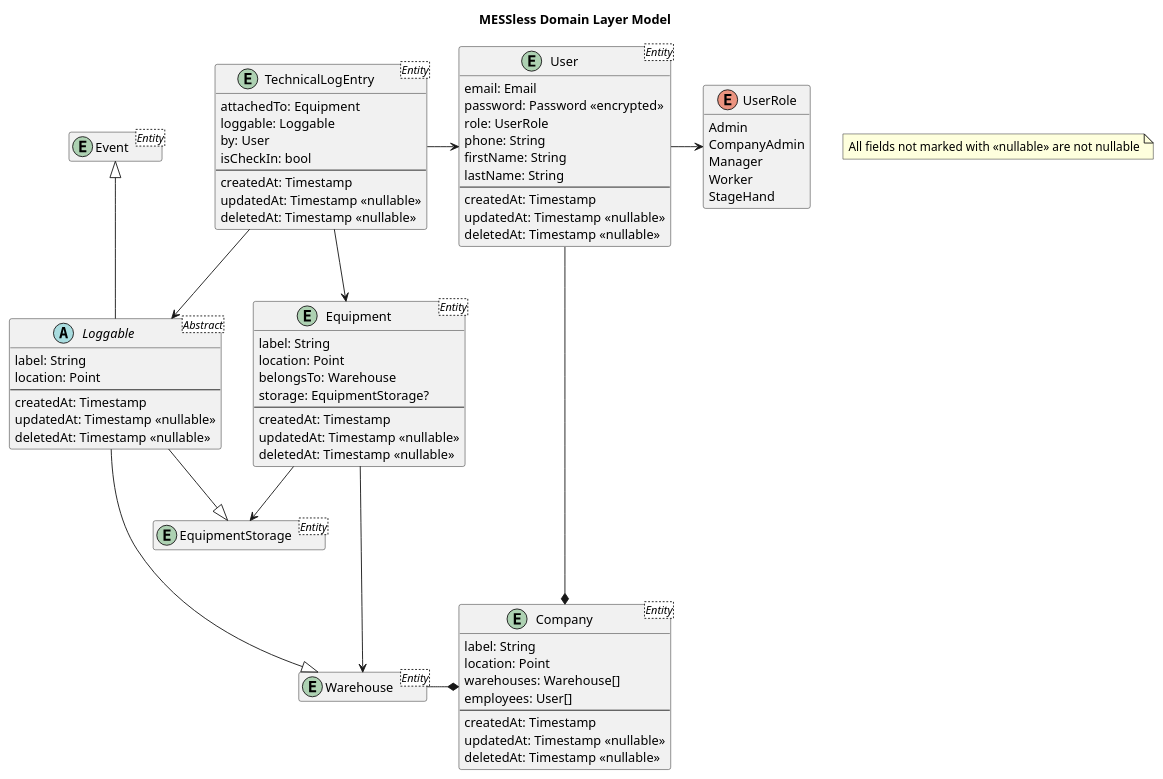
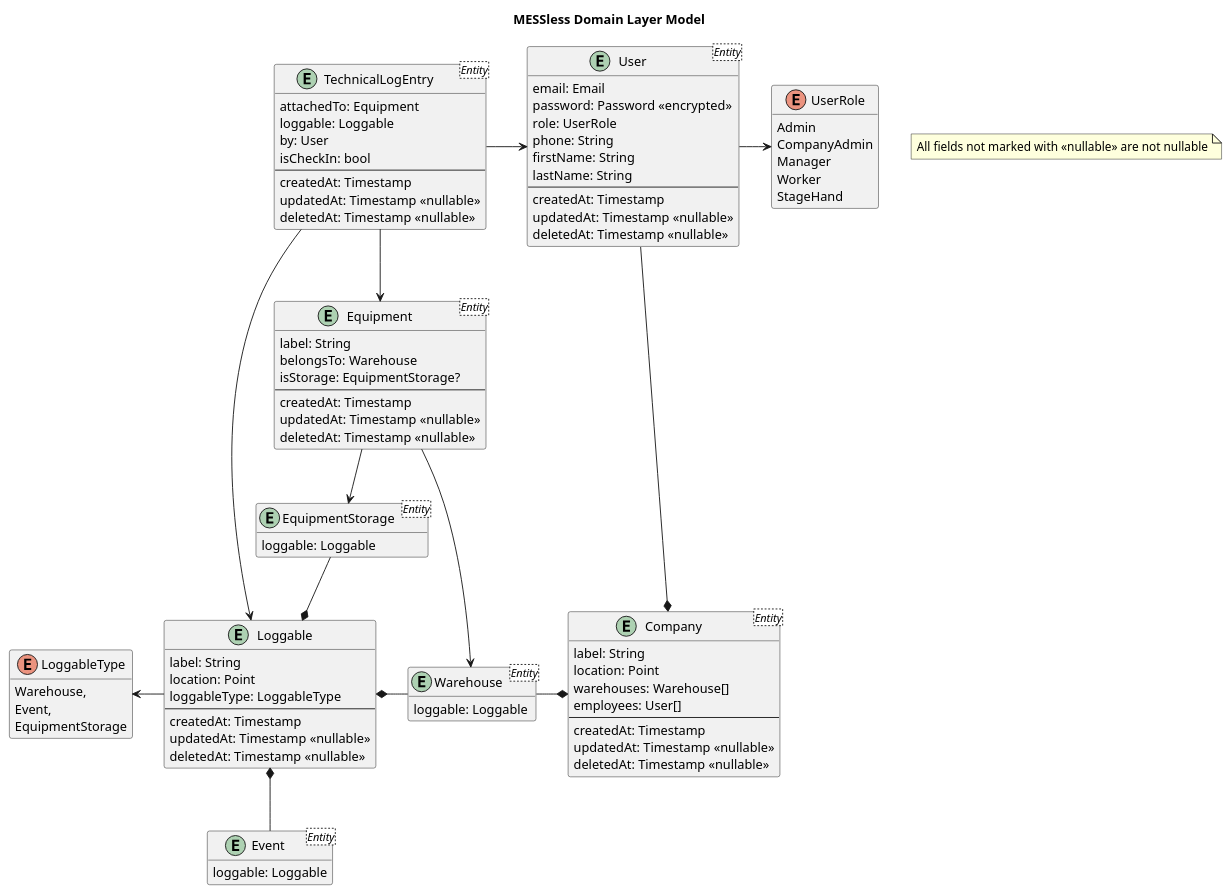
The diagram in Writerside/pumls/domain-model.puml (spg-eventful/wiki), drawn with PlantUML before and after one commit.

Commit message:
docs: rework loggables

```diff
--- a/Writerside/pumls/domain-model.puml
+++ b/Writerside/pumls/domain-model.puml
@@ -1,99 +1,108 @@
 @startuml
 hide empty methods
 hide empty attributes
 
 title MESSless Domain Layer Model
 note "All fields not marked with <<nullable>> are not nullable" as NullConvention
 
 entity User<Entity> {
   email: Email
   password: Password <<encrypted>>
   role: UserRole
   phone: String
   firstName: String
   lastName: String
   ---
   createdAt: Timestamp
   updatedAt: Timestamp <<nullable>>
   deletedAt: Timestamp <<nullable>>
 }
 
 enum UserRole {
   Admin
   CompanyAdmin
   Manager
   Worker
   StageHand
 }
 
-abstract Loggable<Abstract> {
+entity Loggable {
   label: String
   location: Point
+  loggableType: LoggableType
   ---
   createdAt: Timestamp
   updatedAt: Timestamp <<nullable>>
   deletedAt: Timestamp <<nullable>>
 }
 
 entity Warehouse<Entity> {
+  loggable: Loggable
 }
 
 entity Event<Entity> {
+  loggable: Loggable
 }
 
-
 entity EquipmentStorage<Entity> {
+  loggable: Loggable
 }
 
 entity Equipment<Entity> {
   label: String
-  location: Point
   belongsTo: Warehouse
-  storage: EquipmentStorage?
+  isStorage: EquipmentStorage?
   ---
   createdAt: Timestamp
   updatedAt: Timestamp <<nullable>>
   deletedAt: Timestamp <<nullable>>
 }
 
 entity Company<Entity> {
   label: String
   location: Point
   warehouses: Warehouse[]
   employees: User[]
   ---
   createdAt: Timestamp
   updatedAt: Timestamp <<nullable>>
   deletedAt: Timestamp <<nullable>>
 }
 
 entity TechnicalLogEntry<Entity> {
   attachedTo: Equipment
   loggable: Loggable
   by: User
   isCheckIn: bool
   ---
   createdAt: Timestamp
   updatedAt: Timestamp <<nullable>>
   deletedAt: Timestamp <<nullable>>
 }
 
+enum LoggableType {
+    Warehouse,
+    Event,
+    EquipmentStorage
+}
+
 ' relations
 TechnicalLogEntry --> Equipment
 TechnicalLogEntry --> Loggable
 TechnicalLogEntry -right-> User
+Loggable -left-> LoggableType
 
-Loggable --|> Warehouse
-Loggable -up-|> Event
-Loggable -down-|> EquipmentStorage
+Warehouse --left* Loggable
+Event --up* Loggable
+EquipmentStorage --down* Loggable
 
 Equipment --> EquipmentStorage
 
 Equipment ---> Warehouse
 
 User --right> UserRole
 
 Warehouse --right* Company
 User --down* Company
 
 @enduml
```
